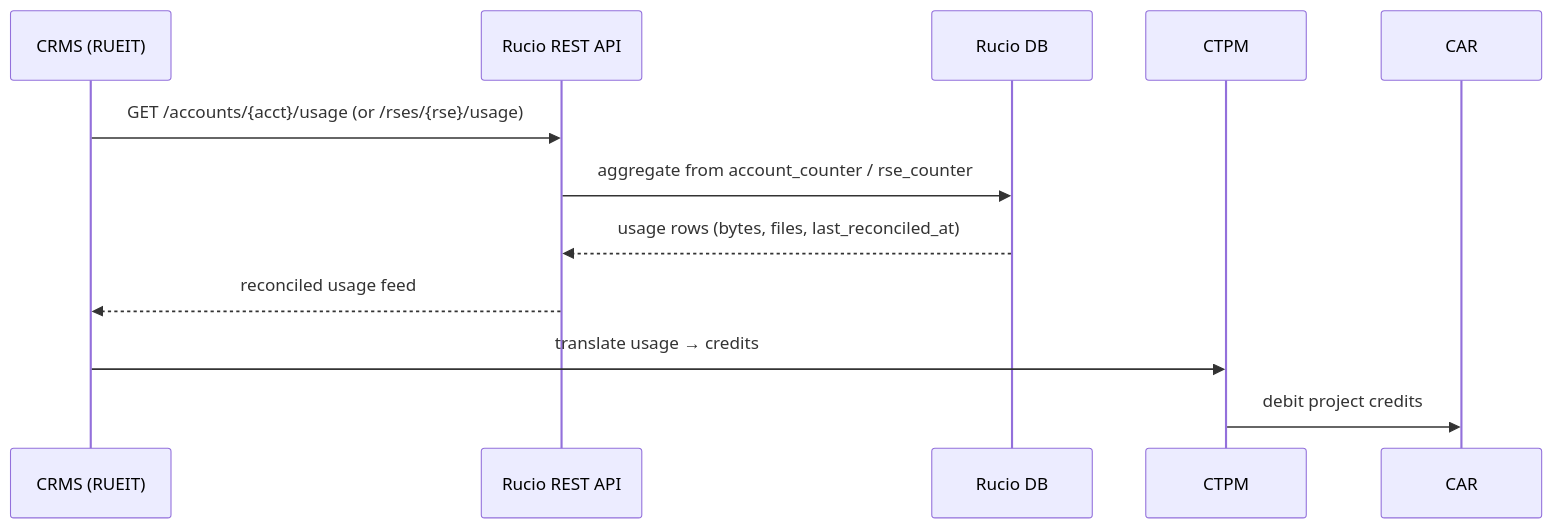
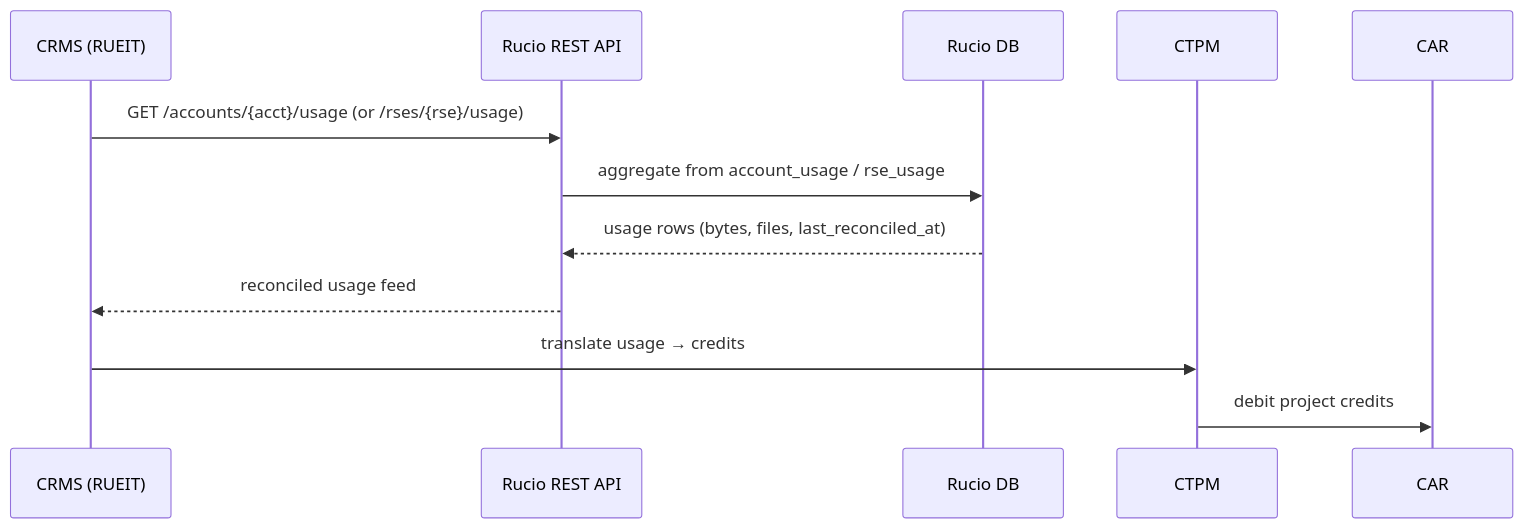
The second of 3 diagrams in 6-runtime-view/cms-storage-accounting-sequence.md (mgajek-cern/architecture-docs), drawn with Mermaid before and after one commit. The commit also changed 2 other files, not shown here.

Commit message:
docs: align table names with Rucio models (rse_usage, account_usage)

````diff
--- a/6-runtime-view/cms-storage-accounting-sequence.md
+++ b/6-runtime-view/cms-storage-accounting-sequence.md
@@ -22,15 +22,15 @@
 ```mermaid
 sequenceDiagram
     participant CMS as CRMS (RUEIT)
     participant API as Rucio REST API
     participant DB as Rucio DB
     participant CTPM as CTPM
     participant CAR as CAR
 
     CMS->>API: GET /accounts/{acct}/usage  (or /rses/{rse}/usage)
-    API->>DB: aggregate from account_counter / rse_counter
+    API->>DB: aggregate from account_usage / rse_usage
     DB-->>API: usage rows (bytes, files, last_reconciled_at)
     API-->>CMS: reconciled usage feed
     CMS->>CTPM: translate usage → credits
     CTPM->>CAR: debit project credits
 ```
````
